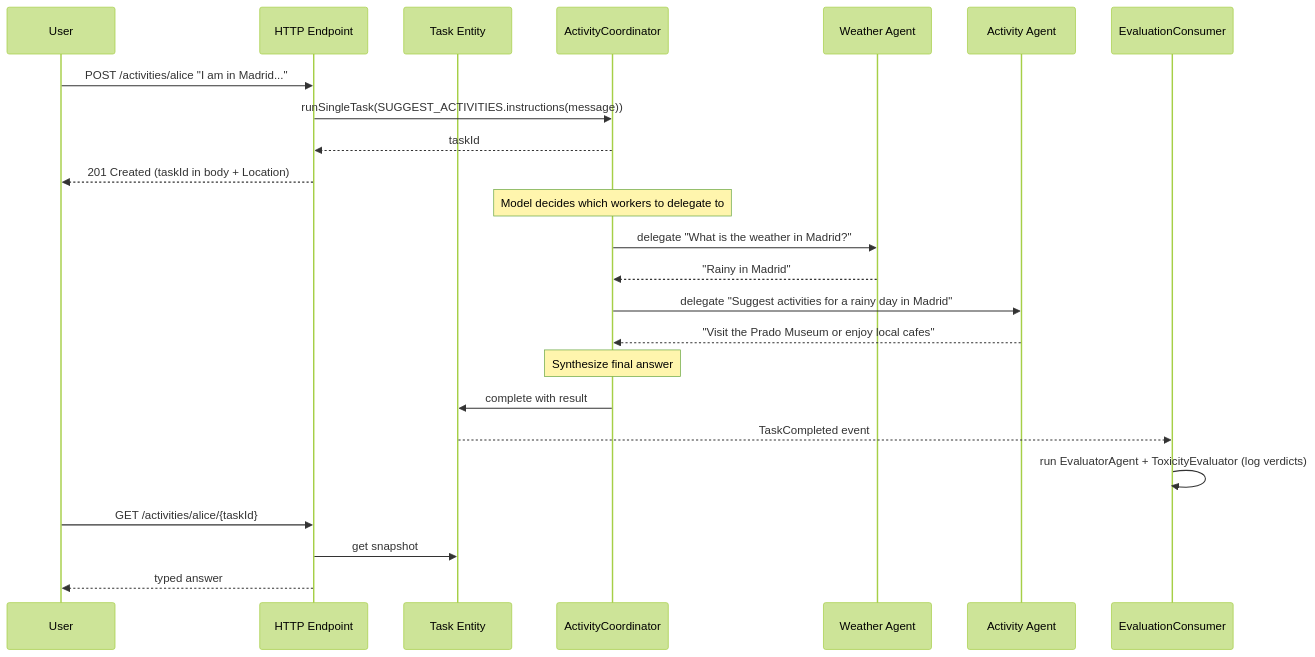
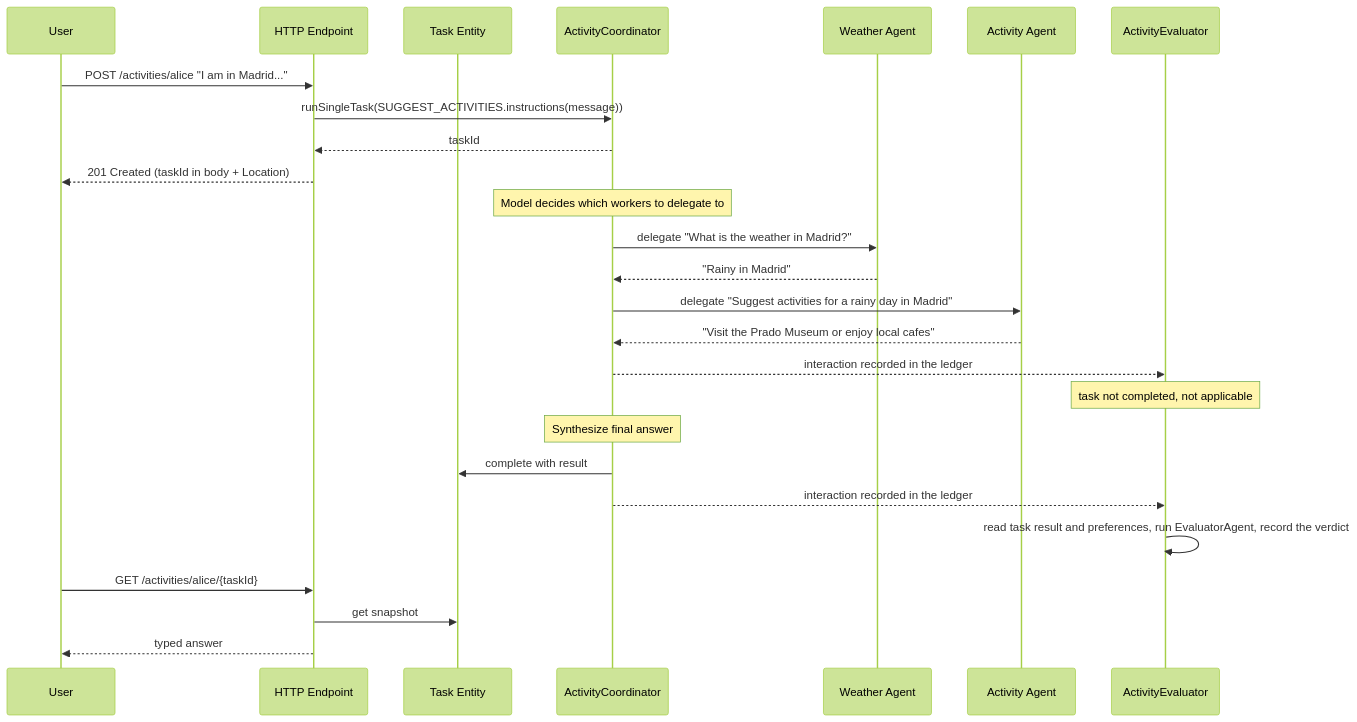
The diagram in samples/multi-agent/README.md (akka/akka-sdk), drawn with Mermaid (forest theme) before and after one commit. The commit also changed other lines of this file and 134 other files, not shown here.

First line of the commit message:
feat: evaluation with evaluator components (#2127)

````diff
--- a/samples/multi-agent/README.md
+++ b/samples/multi-agent/README.md
@@ -32,33 +32,36 @@
 ```mermaid
 sequenceDiagram
     participant User
     participant HTTPEndpoint as HTTP Endpoint
     participant Task as Task Entity
     participant Coordinator as ActivityCoordinator
     participant WeatherAgent as Weather Agent
     participant ActivityAgent as Activity Agent
-    participant EvalConsumer as EvaluationConsumer
+    participant Evaluator as ActivityEvaluator
 
     User->>HTTPEndpoint: POST /activities/alice "I am in Madrid..."
     HTTPEndpoint->>Coordinator: runSingleTask(SUGGEST_ACTIVITIES.instructions(message))
     Coordinator-->>HTTPEndpoint: taskId
     HTTPEndpoint-->>User: 201 Created (taskId in body + Location)
 
     Note over Coordinator: Model decides which workers to delegate to
 
     Coordinator->>WeatherAgent: delegate "What is the weather in Madrid?"
     WeatherAgent-->>Coordinator: "Rainy in Madrid"
 
     Coordinator->>ActivityAgent: delegate "Suggest activities for a rainy day in Madrid"
     ActivityAgent-->>Coordinator: "Visit the Prado Museum or enjoy local cafes"
 
+    Coordinator-->>Evaluator: interaction recorded in the ledger
+    Note over Evaluator: task not completed, not applicable
+
     Note over Coordinator: Synthesize final answer
     Coordinator->>Task: complete with result
 
-    Task-->>EvalConsumer: TaskCompleted event
-    EvalConsumer->>EvalConsumer: run EvaluatorAgent + ToxicityEvaluator (log verdicts)
+    Coordinator-->>Evaluator: interaction recorded in the ledger
+    Evaluator->>Evaluator: read task result and preferences, run EvaluatorAgent, record the verdict
 
     User->>HTTPEndpoint: GET /activities/alice/{taskId}
     HTTPEndpoint->>Task: get snapshot
     HTTPEndpoint-->>User: typed answer
 ```
````
